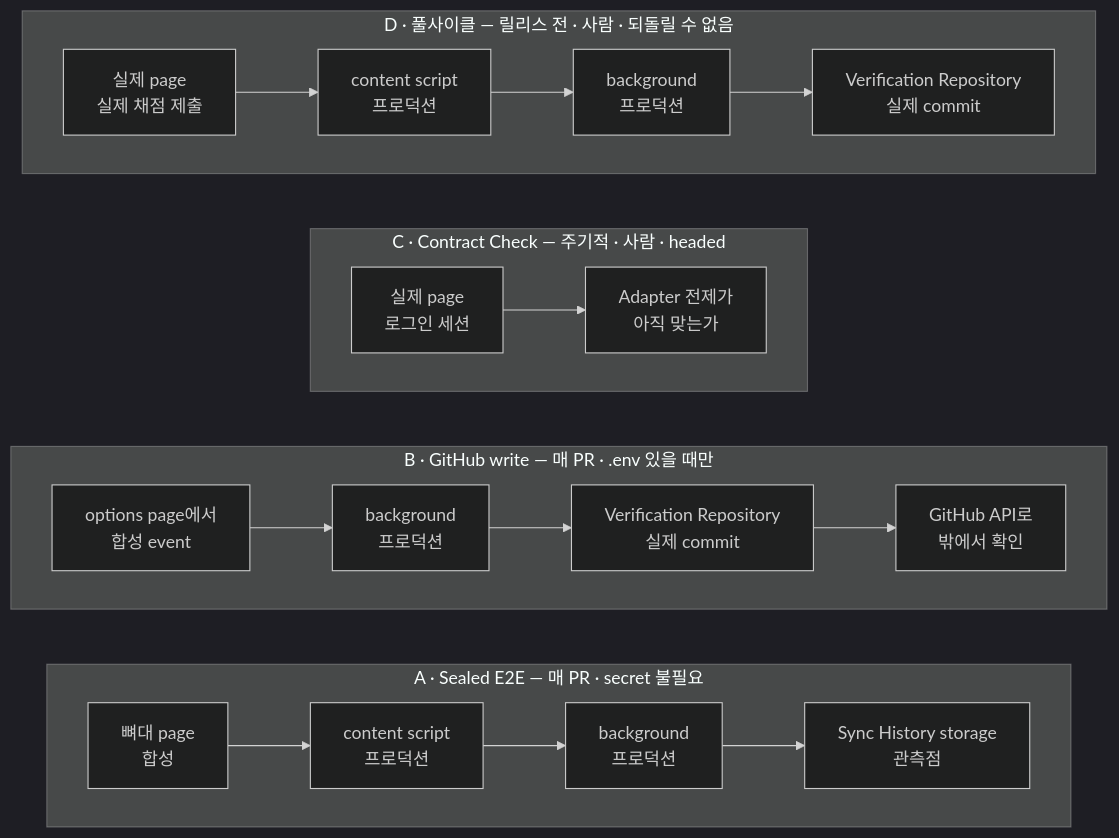
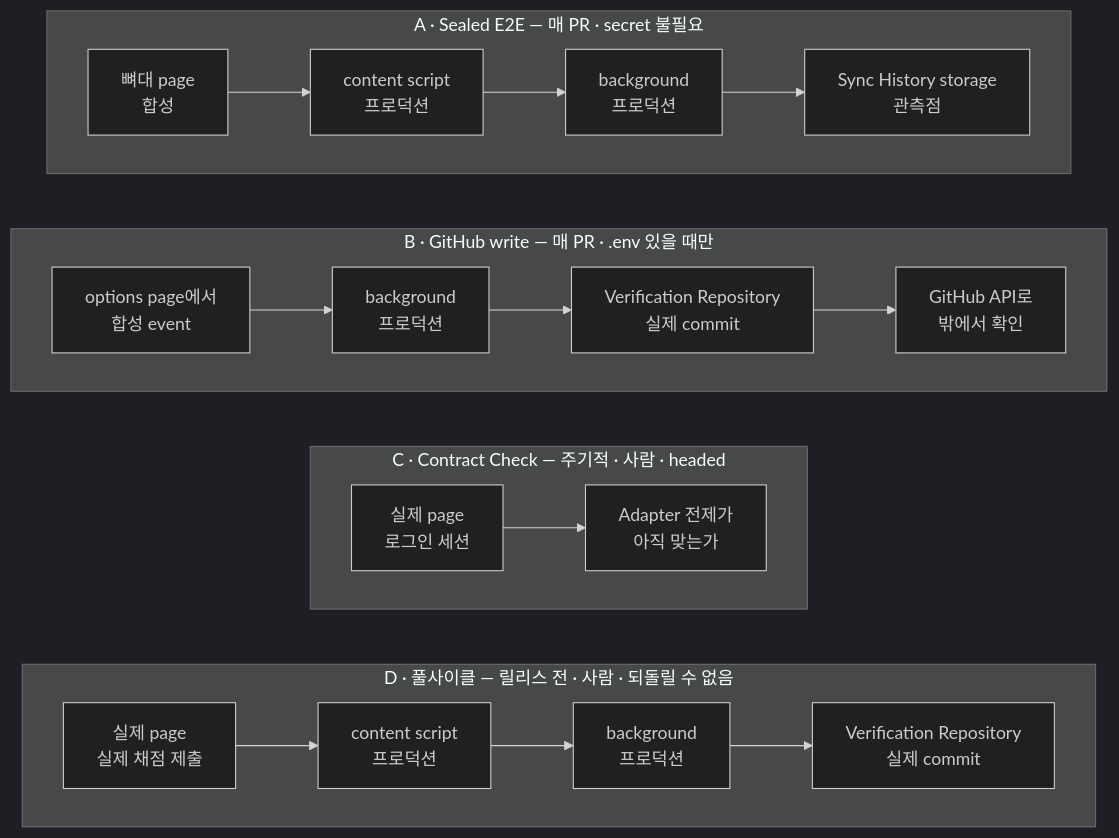
Before and after one commit to zaehorang/SolveSync: the second of 3 diagrams in docs/ARCHITECTURE.md, drawn with Mermaid (dark theme). The commit also changed other lines of this file, not shown here.

First line of the commit message:
docs: 검증 계층 다이어그램의 배치를 읽는 순서와 맞춘다

````diff
--- a/docs/ARCHITECTURE.md
+++ b/docs/ARCHITECTURE.md
@@ -386,19 +386,20 @@
 ```mermaid
-flowchart LR
+flowchart TB
   subgraph A["A · Sealed E2E — 매 PR · secret 불필요"]
     direction LR
     a1["뼈대 page<br/>합성"] --> a2["content script<br/>프로덕션"] --> a3["background<br/>프로덕션"] --> a4["Sync History storage<br/>관측점"]
   end
   subgraph B["B · GitHub write — 매 PR · .env 있을 때만"]
     direction LR
     b1["options page에서<br/>합성 event"] --> b3["background<br/>프로덕션"] --> b4["Verification Repository<br/>실제 commit"] --> b5["GitHub API로<br/>밖에서 확인"]
   end
   subgraph C["C · Contract Check — 주기적 · 사람 · headed"]
     direction LR
     c1["실제 page<br/>로그인 세션"] --> c2["Adapter 전제가<br/>아직 맞는가"]
   end
   subgraph D["D · 풀사이클 — 릴리스 전 · 사람 · 되돌릴 수 없음"]
     direction LR
     d1["실제 page<br/>실제 채점 제출"] --> d2["content script<br/>프로덕션"] --> d3["background<br/>프로덕션"] --> d4["Verification Repository<br/>실제 commit"]
   end
+  A ~~~ B ~~~ C ~~~ D
 ```
````
